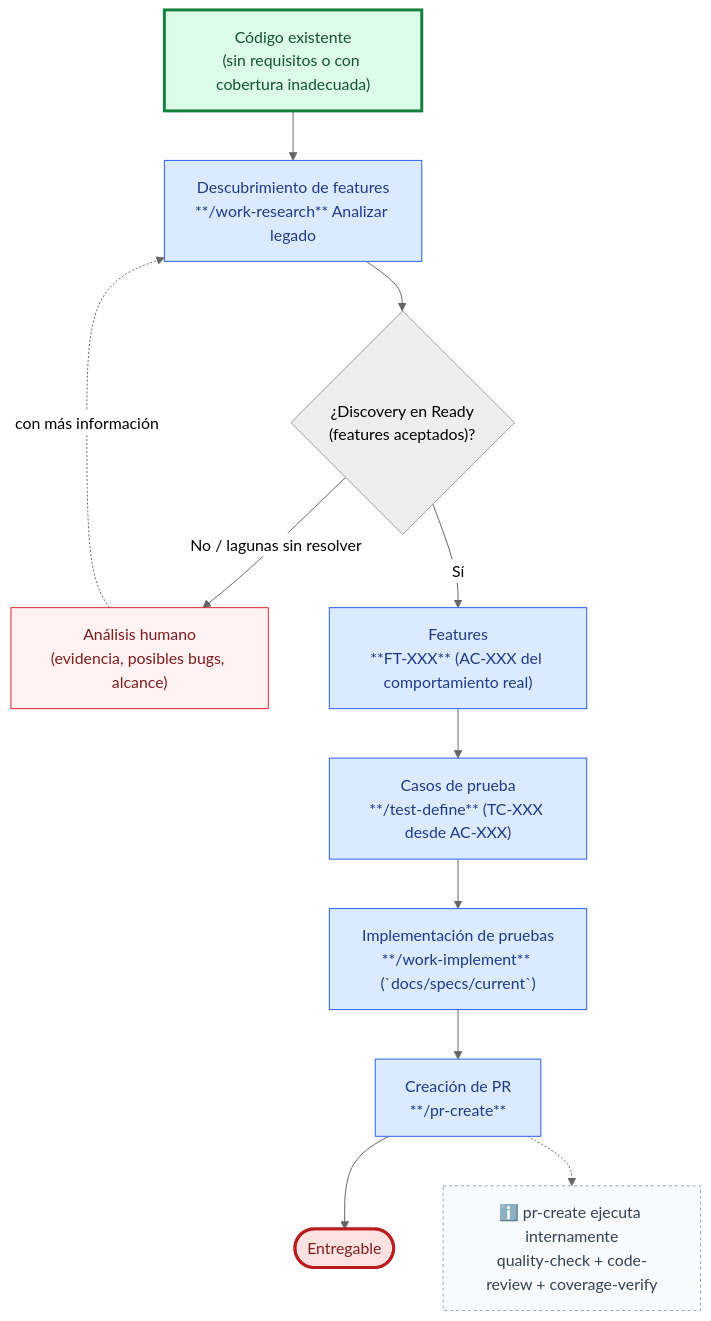
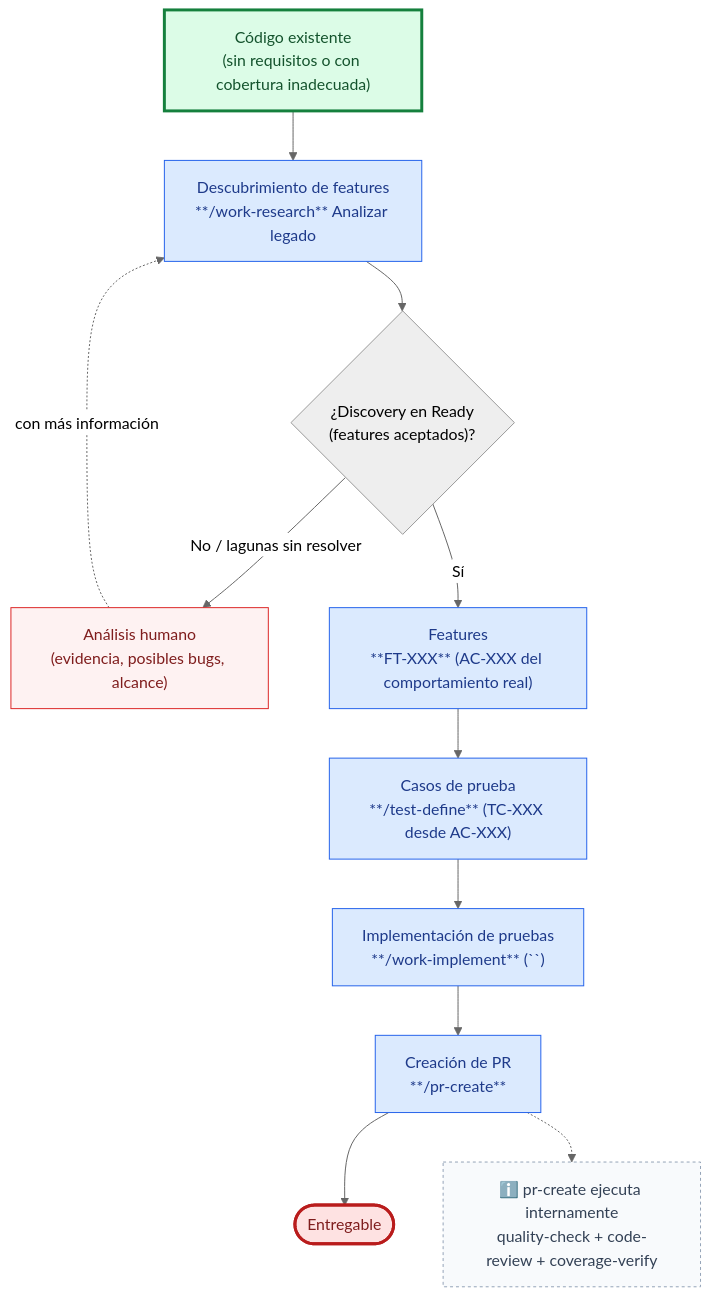
One commit to juanca202/sdd-devkit changed the diagram in docs/use-cases/test-coverage-legacy-code.md. Above: the diagram before and after it, drawn with Mermaid (neutral theme). The commit also changed other lines of this file and 20 other files, not shown here.

First line of the commit message:
docs(references): usar changesPath, currentPath y archivedPath en las rutas de specs

````diff
--- a/docs/use-cases/test-coverage-legacy-code.md
+++ b/docs/use-cases/test-coverage-legacy-code.md
@@ -5,25 +5,25 @@
 ```mermaid
 flowchart TD
     A["Código existente<br/>(sin requisitos o con cobertura inadecuada)"] --> B["Descubrimiento de features<br/>**/work-research** Analizar legado"]
     B --> C{"¿Discovery en Ready<br/>(features aceptados)?"}
     C -->|"No / lagunas sin resolver"| H["Análisis humano<br/>(evidencia, posibles bugs, alcance)"]
     H -.->|"con más información"| B
     C -->|"Sí"| D["Features<br/>**FT-XXX** (AC-XXX del comportamiento real)"]
     D --> E["Casos de prueba<br/>**/test-define** (TC-XXX desde AC-XXX)"]
-    E --> G["Implementación de pruebas<br/>**/work-implement** (`docs/specs/current`)"]
+    E --> G["Implementación de pruebas<br/>**/work-implement** (`<currentPath>`)"]
     G --> I["Creación de PR<br/>**/pr-create**"]
     I --> J(["Entregable"])
     NOTE["ℹ️ pr-create ejecuta internamente<br/>quality-check + code-review + coverage-verify"]
     I -.-> NOTE
 
     classDef main fill:#dbeafe,stroke:#2563eb,color:#1e3a8a
     classDef human fill:#fef2f2,stroke:#dc2626,color:#7f1d1d
     classDef entryPoint fill:#dcfce7,stroke:#15803d,stroke-width:3px,color:#14532d
     classDef exitPoint fill:#fee2e2,stroke:#b91c1c,stroke-width:3px,color:#7f1d1d
     classDef note fill:#f8fafc,stroke:#94a3b8,stroke-width:1px,stroke-dasharray:3 3,color:#334155
     class B,D,E,G,I main
     class H human
     class A entryPoint
     class J exitPoint
     class NOTE note
 ```
````
